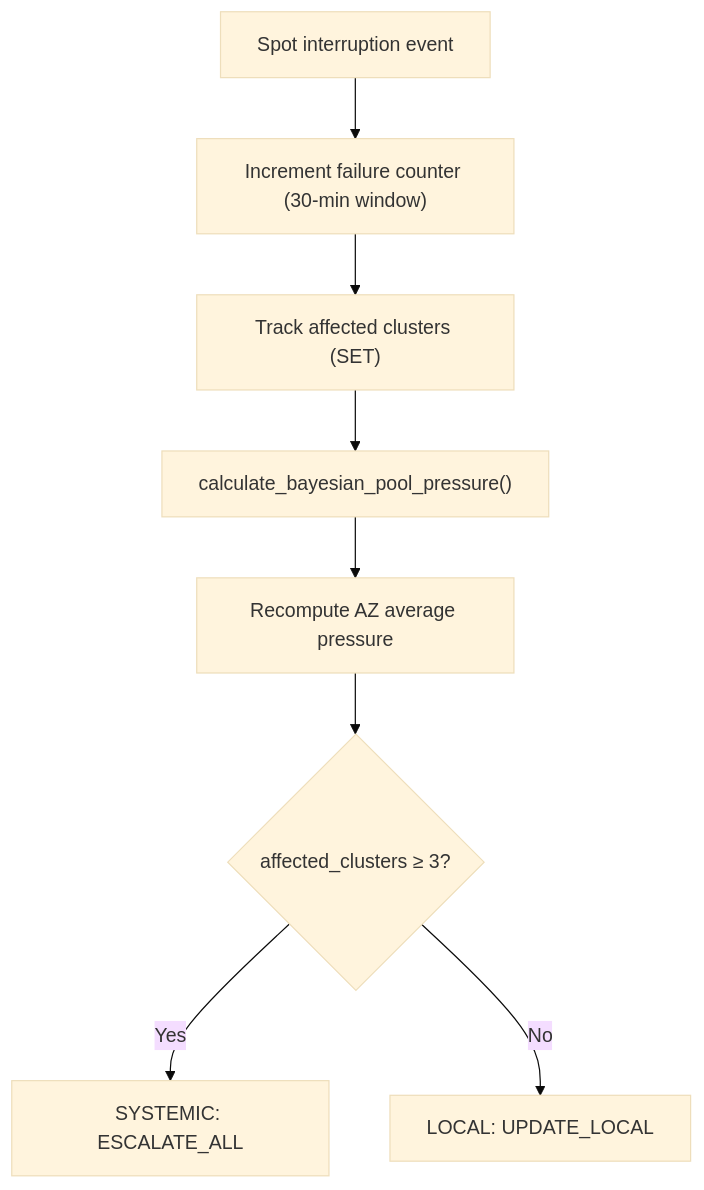
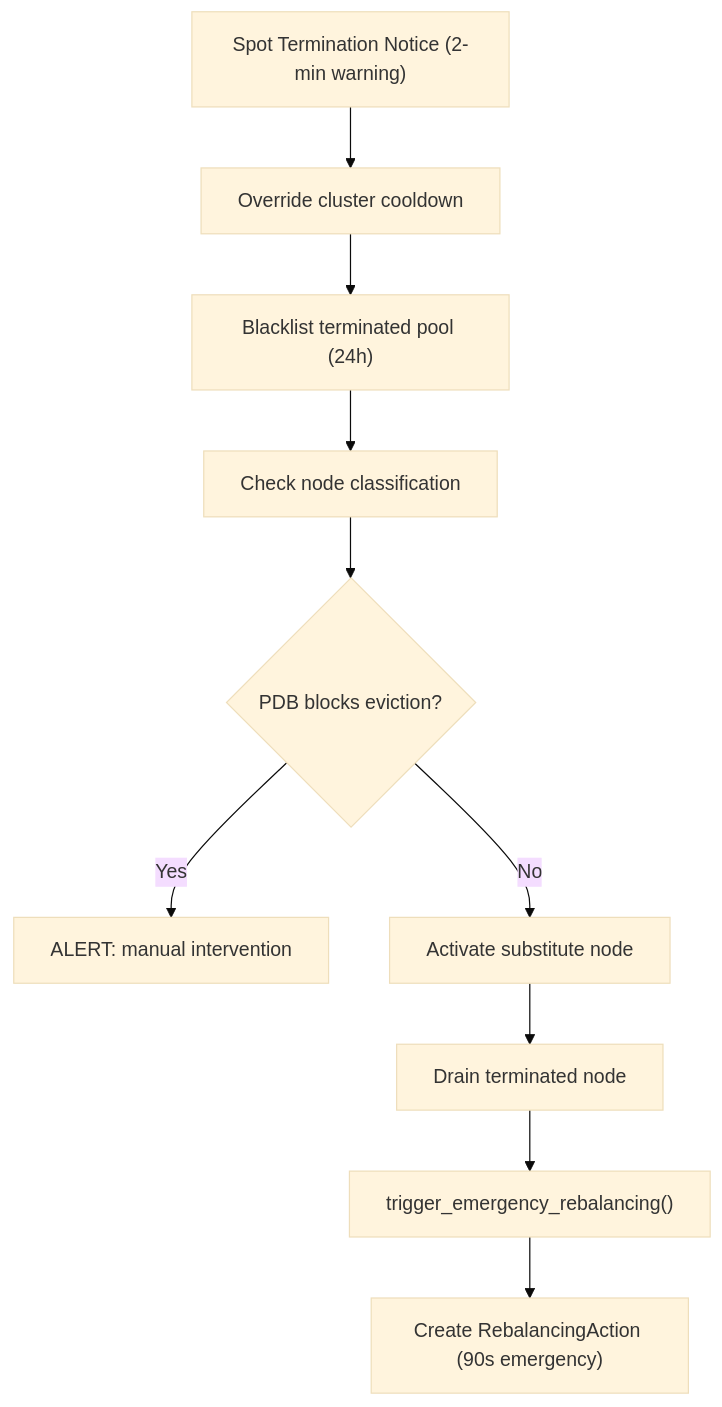
The tenth of 16 diagrams in documents/logic.md (atharva0608/final-ml), drawn with Mermaid (base theme) before and after one commit. The commit also changed other lines of this file and 176 other files, not shown here.

````diff
--- a/documents/logic.md
+++ b/documents/logic.md
@@ -305,10 +547,12 @@
 ```mermaid
 flowchart TD
-    INT["Spot interruption event"] --> INC["Increment failure counter (30-min window)"]
-    INC --> TRACK["Track affected clusters (SET)"]
-    TRACK --> CALC["calculate_bayesian_pool_pressure()"]
-    CALC --> AZ["Recompute AZ average pressure"]
-    AZ --> SYS{"affected_clusters ≥ 3?"}
-    SYS -- "Yes" --> ESCALATE["SYSTEMIC: ESCALATE_ALL"]
-    SYS -- "No" --> LOCAL["LOCAL: UPDATE_LOCAL"]
+    ITN["Spot Termination Notice (2-min warning)"] --> COOLDOWN["Override cluster cooldown"]
+    COOLDOWN --> BL["Blacklist terminated pool (24h)"]
+    BL --> CLASSIFY["Check node classification"]
+    CLASSIFY --> PDB{"PDB blocks eviction?"}
+    PDB -- "Yes" --> ALERT["ALERT: manual intervention"]
+    PDB -- "No" --> SUB["Activate substitute node"]
+    SUB --> DRAIN["Drain terminated node"]
+    DRAIN --> REBAL["trigger_emergency_rebalancing()"]
+    REBAL --> ACTION["Create RebalancingAction (90s emergency)"]
 ```
````
